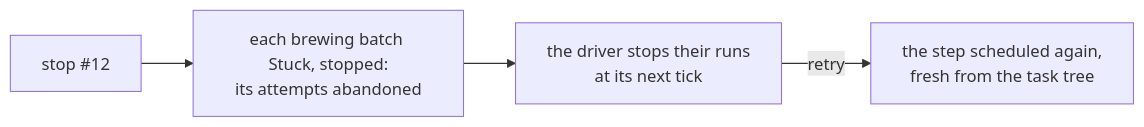
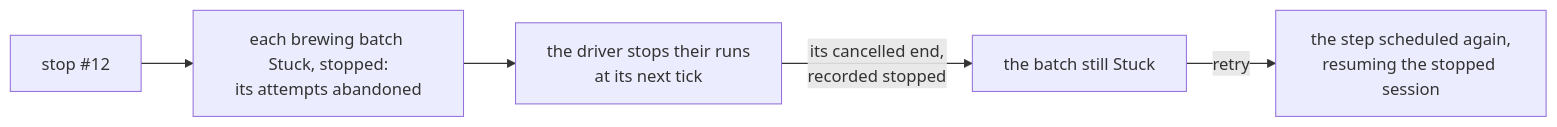
One commit to EdwinBekaert/foedrum changed the second of 2 diagrams in docs/design/humans/pause.md. Above: the diagram before and after it, drawn with Mermaid. The commit also changed other lines of this file and 3 other files, not shown here.

First line of the commit message:
Record ADR 0302: a stopped attempt's end is recorded, resumes and spends no attempt

````diff
--- a/docs/design/humans/pause.md
+++ b/docs/design/humans/pause.md
@@ -31,6 +31,7 @@
 ```mermaid
 flowchart LR
   S["stop #12"] --> K["each brewing batch Stuck, stopped:<br/>its attempts abandoned"]
   K --> D["the driver stops their runs<br/>at its next tick"]
-  D -->|"retry"| R["the step scheduled again,<br/>fresh from the task tree"]
+  D -->|"its cancelled end,<br/>recorded stopped"| E["the batch still Stuck"]
+  E -->|"retry"| R["the step scheduled again,<br/>resuming the stopped session"]
 ```
````
